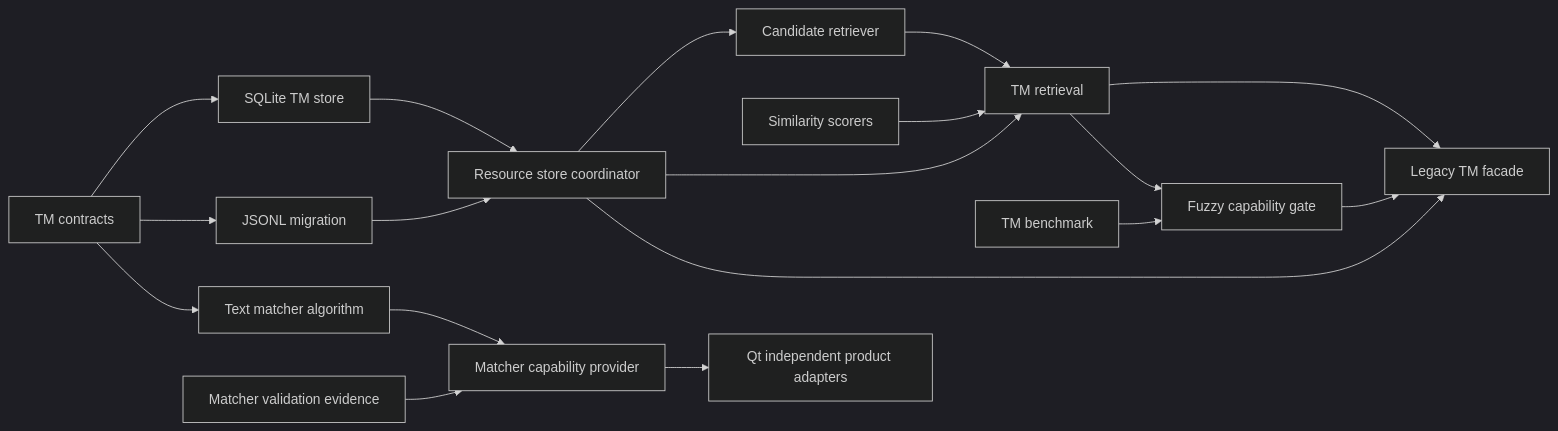
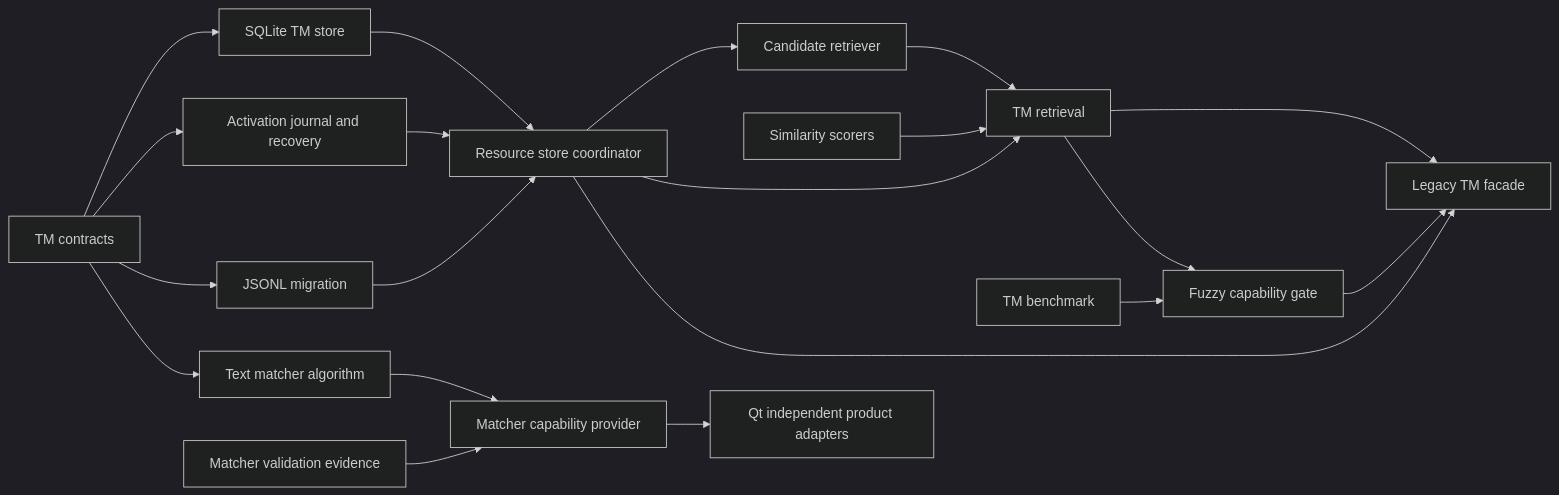
Before and after one commit to BeFringe/LocalCAT: the first of 3 diagrams in .kiro/specs/tm-storage-retrieval-index/design.md, drawn with Mermaid (dark theme). The commit also changed other lines of this file and 1 other file, not shown here.

````diff
--- a/.kiro/specs/tm-storage-retrieval-index/design.md
+++ b/.kiro/specs/tm-storage-retrieval-index/design.md
@@ -71,20 +71,22 @@
 ```mermaid
 graph LR
     Contracts[TM contracts] --> Store[SQLite TM store]
+    Contracts --> ActivationDurability[Activation journal and recovery]
     Store --> Coordinator[Resource store coordinator]
+    ActivationDurability --> Coordinator
     Contracts --> Migration[JSONL migration]
     Contracts --> MatcherCore[Text matcher algorithm]
     MatcherEvidence[Matcher validation evidence] --> MatcherGate[Matcher capability provider]
     MatcherCore --> MatcherGate
     Coordinator --> Candidate[Candidate retriever]
     Similarity[Similarity scorers] --> Retrieval[TM retrieval]
     Candidate --> Retrieval
     Coordinator --> Retrieval
     Migration --> Coordinator
     Retrieval --> Facade[Legacy TM facade]
     Coordinator --> Facade
     Benchmark[TM benchmark] --> FuzzyGate[Fuzzy capability gate]
     Retrieval --> FuzzyGate
     FuzzyGate --> Facade
     MatcherGate --> ProductAdapters[Qt independent product adapters]
 ```
````
